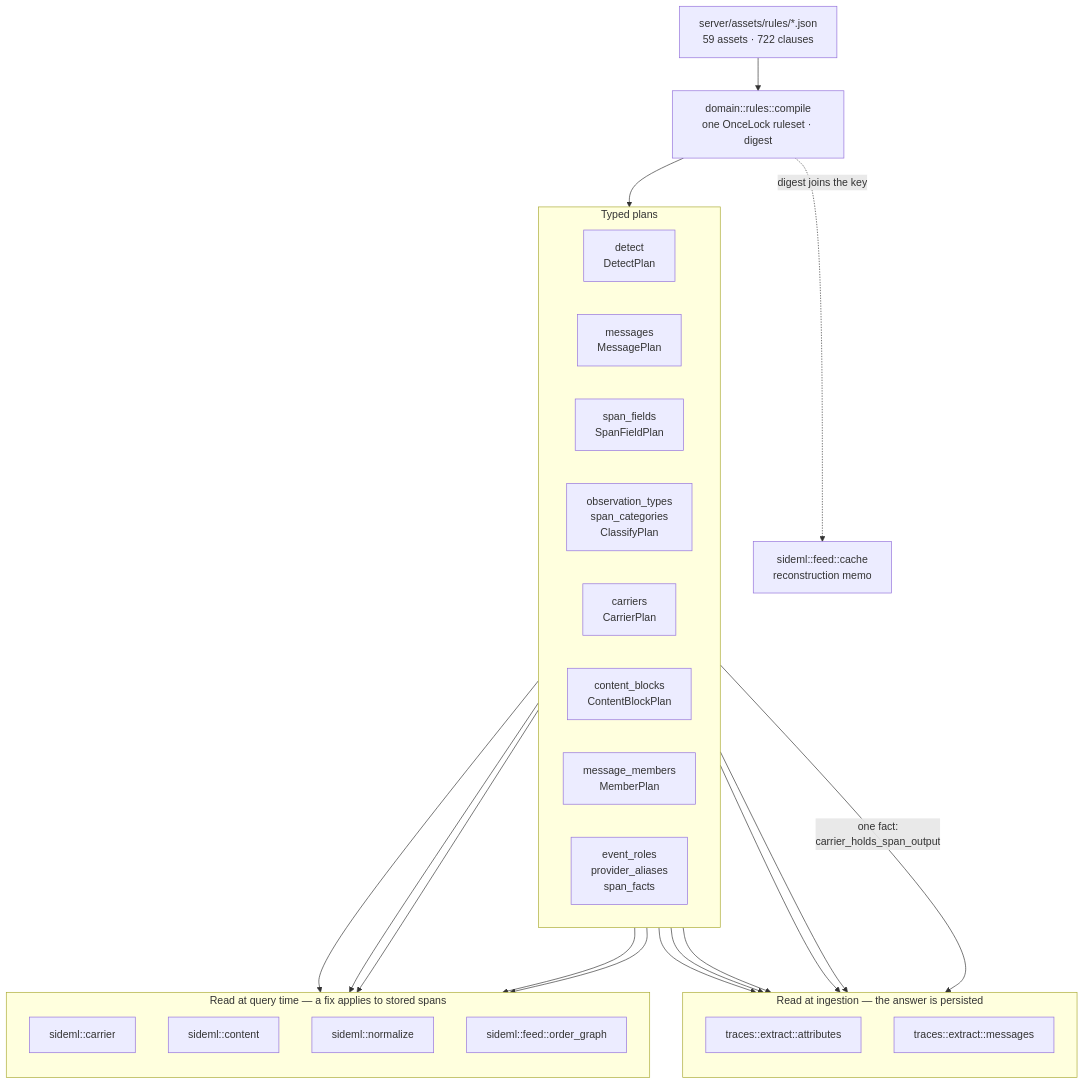
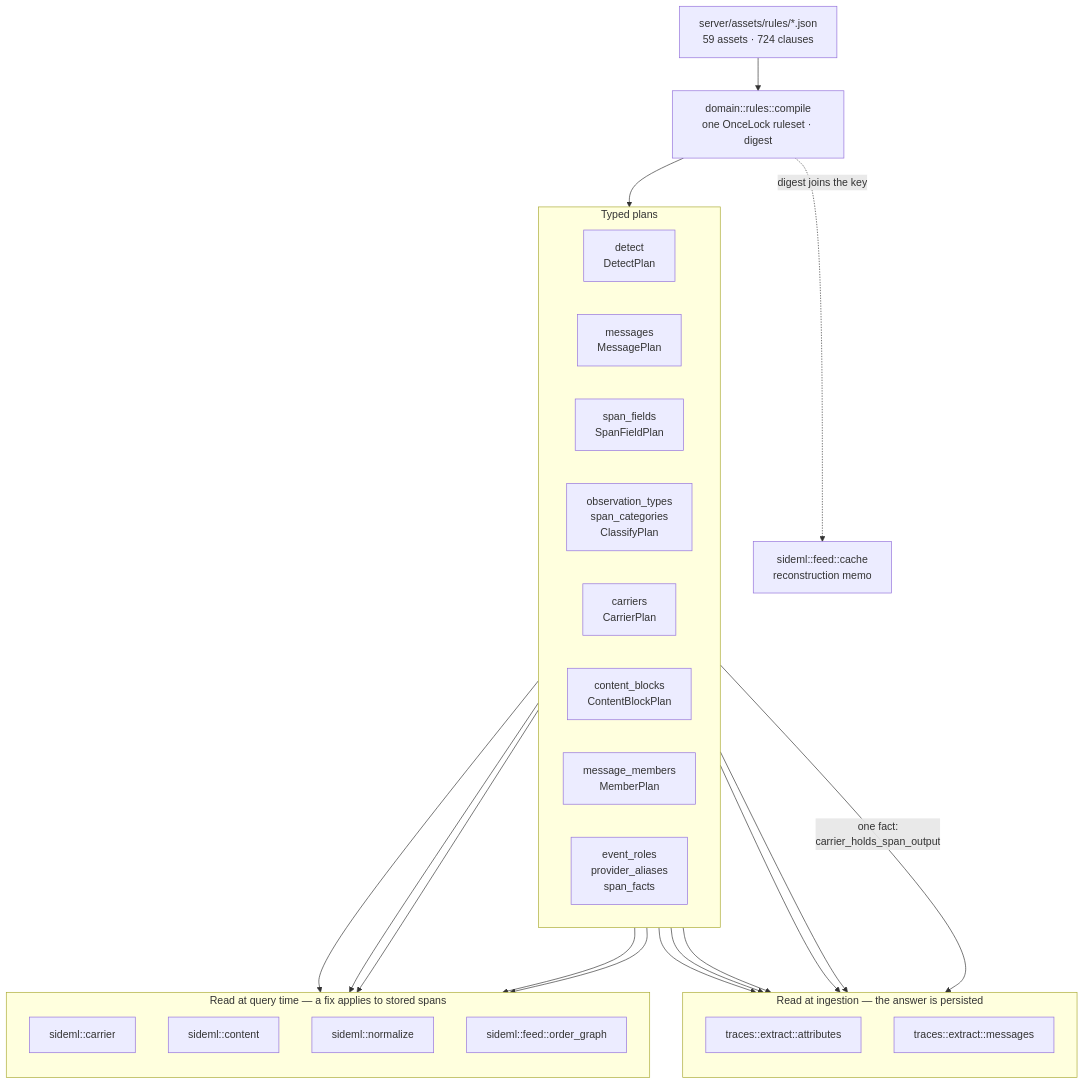
Before and after one commit to sideseat/sideseat: the first of 7 diagrams in docs/engineering/architecture-diagrams.md, drawn with Mermaid. The commit also changed 44 other files, not shown here.

````diff
--- a/docs/engineering/architecture-diagrams.md
+++ b/docs/engineering/architecture-diagrams.md
@@ -18,47 +18,47 @@
 ```mermaid
 flowchart TB
-    assets["server/assets/rules/*.json<br/>59 assets · 722 clauses"]
+    assets["server/assets/rules/*.json<br/>59 assets · 724 clauses"]
     compile["domain::rules::compile<br/>one OnceLock ruleset · digest"]
     assets --> compile
 
     subgraph plans["Typed plans"]
         direction LR
         detect["detect<br/>DetectPlan"]
         messages["messages<br/>MessagePlan"]
         fields["span_fields<br/>SpanFieldPlan"]
         classify["observation_types<br/>span_categories<br/>ClassifyPlan"]
         carriers["carriers<br/>CarrierPlan"]
         blocks["content_blocks<br/>ContentBlockPlan"]
         members["message_members<br/>MemberPlan"]
         roles["event_roles<br/>provider_aliases<br/>span_facts"]
     end
     compile --> plans
 
     subgraph ingest["Read at ingestion — the answer is persisted"]
         direction TB
         attrs["traces::extract::attributes"]
         msgs["traces::extract::messages"]
     end
 
     subgraph query["Read at query time — a fix applies to stored spans"]
         direction TB
         carrier["sideml::carrier"]
         content["sideml::content"]
         normalize["sideml::normalize"]
         order["sideml::feed::order_graph"]
     end
 
     detect --> attrs
     fields --> attrs
     classify --> attrs
     roles --> attrs
     messages --> msgs
     carriers -->|"one fact:<br/>carrier_holds_span_output"| msgs
     carriers --> carrier
     carriers --> order
     blocks --> content
     members --> content
     roles --> normalize
 
     compile -. "digest joins the key" .-> cache["sideml::feed::cache<br/>reconstruction memo"]
 ```
````
